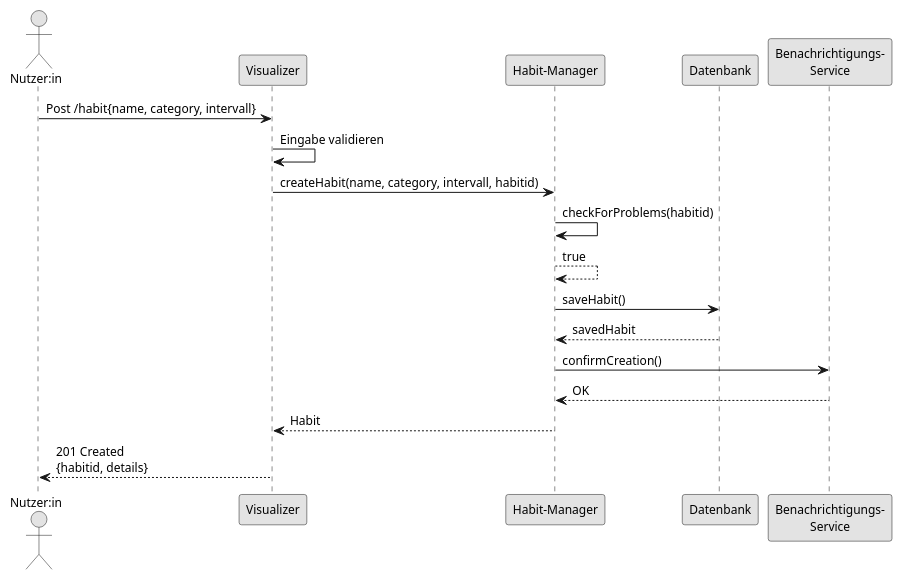
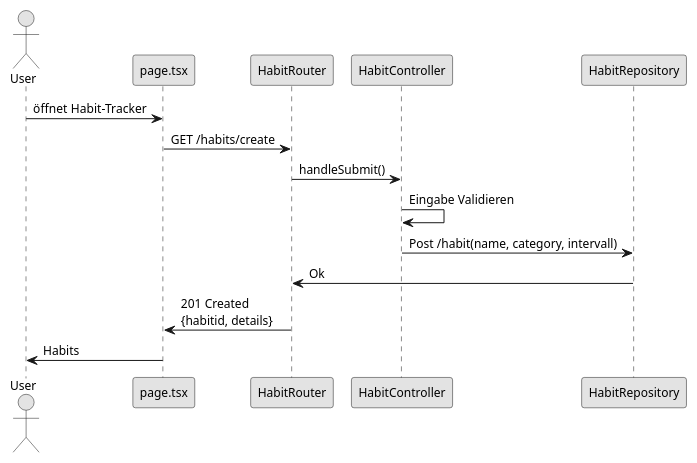
Before and after one commit to nac1dy/Habit-Tracker: the third of 5 diagrams in docs/technical/design.adoc, drawn with PlantUML. The commit also changed other lines of this file and 1 other file, not shown here.

Commit message:
fix: changed diagramms according to the problems mentioned by Prof. Anke

```diff
--- a/docs/technical/design.adoc
+++ b/docs/technical/design.adoc
@@ -163,26 +164,25 @@
 [plantuml, sequence-booking, svg]
 ....
-@startuml
+@startuml current-flow
+
 skinparam monochrome true
 skinparam defaultFontSize 12
 
-actor "Nutzer:in" as user
-participant "Visualizer" as ctrl
-participant "Habit-Manager" as svc
-participant "Datenbank" as repo
-participant "Benachrichtigungs-\nService" as notify
+actor "User" as user
+participant "page.tsx" as home
+participant "HabitRouter" as svc
+participant "HabitController" as ctrl
+participant "HabitRepository" as repo
 
-user -> ctrl : Post /habit{name, category, intervall}
-ctrl -> ctrl : Eingabe validieren
-ctrl -> svc : createHabit(name, category, intervall, habitid)
-svc -> svc : checkForProblems(habitid)
-svc --> svc : true
-svc -> repo : saveHabit()
-repo --> svc : savedHabit
-svc -> notify : confirmCreation()
-notify --> svc : OK
-svc --> ctrl : Habit
-ctrl --> user : 201 Created\n{habitid, details}
+user -> home : öffnet Habit-Tracker
+home -> svc : GET /habits/create
+svc -> ctrl : handleSubmit()
+ctrl -> ctrl : Eingabe Validieren
+ctrl -> repo : Post /habit(name, category, intervall)
+repo -> svc : Ok
+svc -> home : 201 Created\n{habitid, details}
+home -> user : Habits
+
 
 @enduml
 ....
```
